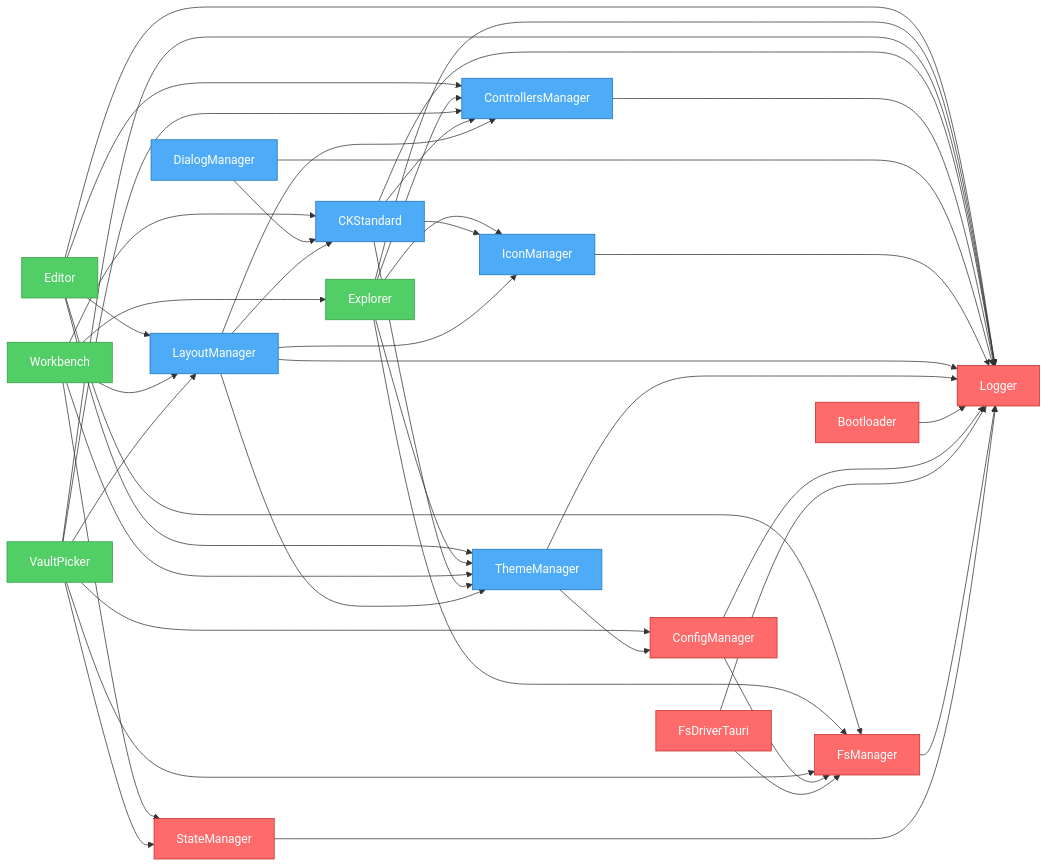
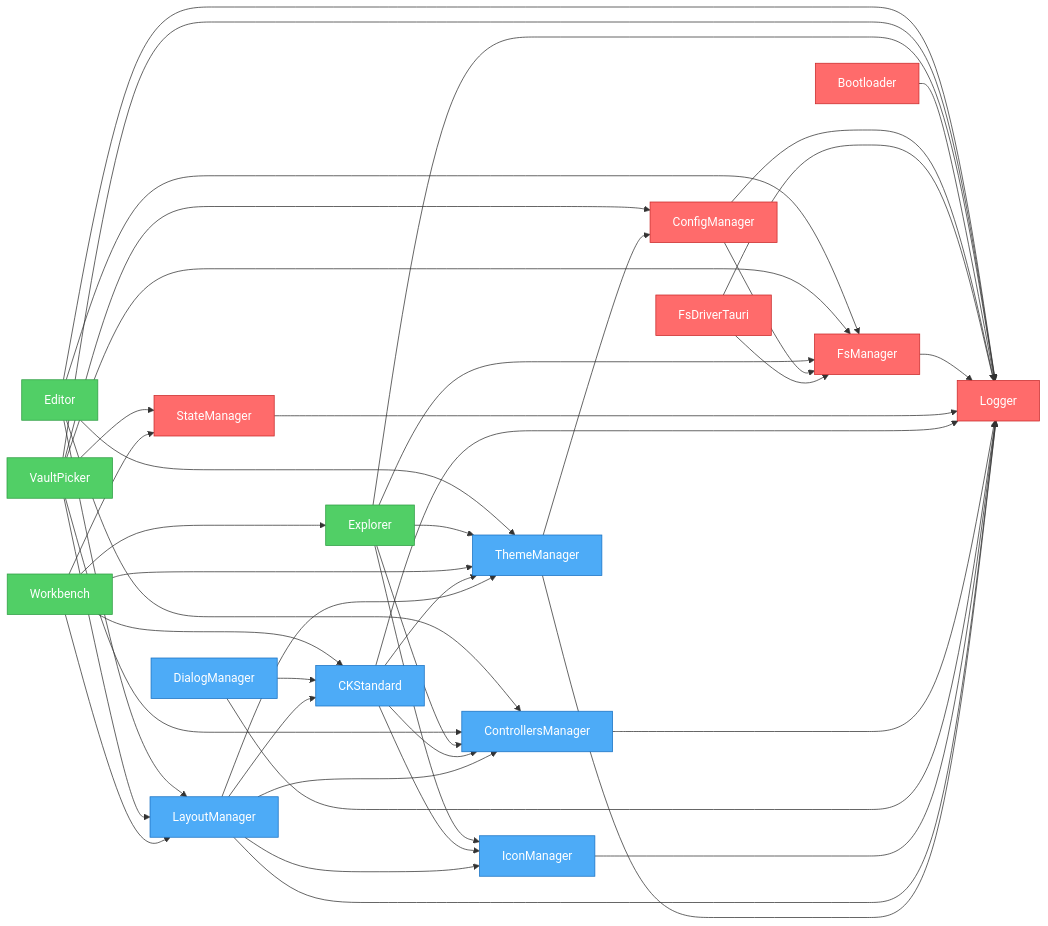
The diagram in artifacts/graph.mmd (khton-tech/notehub.md), drawn with Mermaid before and after one commit. The commit also changed other lines of this file and 7 other files, not shown here.

Commit message:
feat: introduce plugin architecture with UI management and dependency graph visualization.

```diff
--- a/artifacts/graph.mmd
+++ b/artifacts/graph.mmd
@@ -1,69 +1,69 @@
 flowchart LR
     nh_features_editor["Editor"]
+    nh_features_vault-picker["VaultPicker"]
     nh_features_explorer["Explorer"]
     nh_features_workbench["Workbench"]
-    nh_features_vault-picker["VaultPicker"]
+    nh_system_bootloader["Bootloader"]
+    nh_system_config-manager["ConfigManager"]
+    nh_system_fs-driver-tauri["FsDriverTauri"]
+    nh_system_fs-manager["FsManager"]
+    nh_system_logger["Logger"]
+    nh_system_state-manager["StateManager"]
     nh_ui_ck-standard["CKStandard"]
     nh_ui_controllers-manager["ControllersManager"]
     nh_ui_dialog-manager["DialogManager"]
     nh_ui_icon-manager["IconManager"]
     nh_ui_layout-manager["LayoutManager"]
     nh_ui_theme-manager["ThemeManager"]
-    nh_system_bootloader["Bootloader"]
-    nh_system_config-manager["ConfigManager"]
-    nh_system_fs-driver-tauri["FsDriverTauri"]
-    nh_system_fs-manager["FsManager"]
-    nh_system_logger["Logger"]
-    nh_system_state-manager["StateManager"]
     nh_features_editor --> nh_system_fs-manager
     nh_features_editor --> nh_system_logger
     nh_features_editor --> nh_ui_theme-manager
     nh_features_editor --> nh_ui_controllers-manager
     nh_features_editor --> nh_ui_layout-manager
+    nh_features_vault-picker --> nh_system_fs-manager
+    nh_features_vault-picker --> nh_system_config-manager
+    nh_features_vault-picker --> nh_system_state-manager
+    nh_features_vault-picker --> nh_system_logger
+    nh_features_vault-picker --> nh_ui_controllers-manager
+    nh_features_vault-picker --> nh_ui_layout-manager
     nh_features_explorer --> nh_system_fs-manager
     nh_features_explorer --> nh_system_logger
     nh_features_explorer --> nh_ui_controllers-manager
     nh_features_explorer --> nh_ui_icon-manager
     nh_features_explorer --> nh_ui_theme-manager
     nh_features_workbench --> nh_ui_layout-manager
     nh_features_workbench --> nh_ui_theme-manager
     nh_features_workbench --> nh_ui_ck-standard
     nh_features_workbench --> nh_system_state-manager
     nh_features_workbench --> nh_features_explorer
-    nh_features_vault-picker --> nh_system_fs-manager
-    nh_features_vault-picker --> nh_system_config-manager
-    nh_features_vault-picker --> nh_system_state-manager
-    nh_features_vault-picker --> nh_system_logger
-    nh_features_vault-picker --> nh_ui_controllers-manager
-    nh_features_vault-picker --> nh_ui_layout-manager
+    nh_system_bootloader --> nh_system_logger
+    nh_system_config-manager --> nh_system_logger
+    nh_system_config-manager --> nh_system_fs-manager
+    nh_system_fs-driver-tauri --> nh_system_logger
+    nh_system_fs-driver-tauri --> nh_system_fs-manager
+    nh_system_fs-manager --> nh_system_logger
+    nh_system_state-manager --> nh_system_logger
     nh_ui_ck-standard --> nh_system_logger
     nh_ui_ck-standard --> nh_ui_controllers-manager
     nh_ui_ck-standard --> nh_ui_icon-manager
     nh_ui_ck-standard --> nh_ui_theme-manager
     nh_ui_controllers-manager --> nh_system_logger
     nh_ui_dialog-manager --> nh_system_logger
     nh_ui_dialog-manager --> nh_ui_ck-standard
     nh_ui_icon-manager --> nh_system_logger
     nh_ui_layout-manager --> nh_system_logger
     nh_ui_layout-manager --> nh_ui_theme-manager
     nh_ui_layout-manager --> nh_ui_icon-manager
     nh_ui_layout-manager --> nh_ui_controllers-manager
     nh_ui_layout-manager --> nh_ui_ck-standard
     nh_ui_theme-manager --> nh_system_logger
     nh_ui_theme-manager --> nh_system_config-manager
-    nh_system_bootloader --> nh_system_logger
-    nh_system_config-manager --> nh_system_logger
-    nh_system_config-manager --> nh_system_fs-manager
-    nh_system_fs-driver-tauri --> nh_system_logger
-    nh_system_fs-driver-tauri --> nh_system_fs-manager
-    nh_system_fs-manager --> nh_system_logger
-    nh_system_state-manager --> nh_system_logger
 
     %% Styles
     classDef system fill:#ff6b6b,stroke:#c92a2a,color:#fff
     classDef ui fill:#4dabf7,stroke:#1971c2,color:#fff
     classDef feature fill:#51cf66,stroke:#2f9e44,color:#fff
     class nh_features_editor,nh_features_vault-picker feature
     class nh_features_explorer,nh_features_workbench feature
+    class nh_system_bootloader,nh_system_config-manager,nh_system_fs-driver-tauri,nh_system_fs-manager,nh_system_logger,nh_system_state-manager system
     class nh_ui_ck-standard,nh_ui_controllers-manager,nh_ui_dialog-manager,nh_ui_icon-manager,nh_ui_layout-manager,nh_ui_theme-manager ui
-    class nh_system_bootloader,nh_system_config-manager,nh_system_fs-driver-tauri,nh_system_fs-manager,nh_system_logger,nh_system_state-manager system
```
